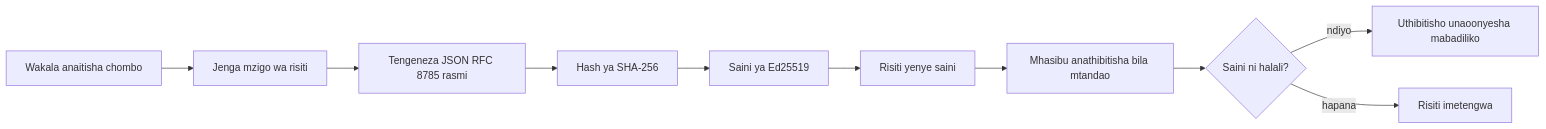
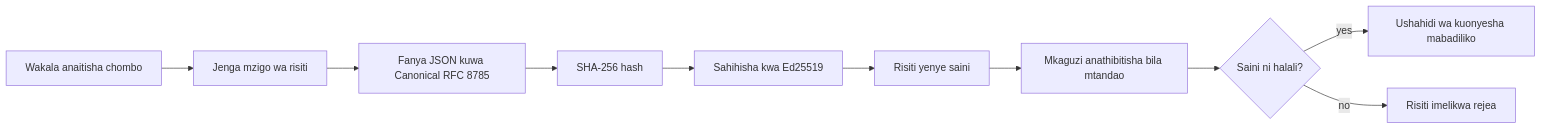
The first of 2 diagrams in mirrors/repos/microsoft@ai-agents-for-beginners/translations/sw/18-securing-ai-agents/README.md (gabrielmoreira/agent-skills-mirror), drawn with Mermaid before and after one commit. The commit also changed other lines of this file and 8886 other files, not shown here.

````diff
--- a/mirrors/repos/microsoft@ai-agents-for-beginners/translations/sw/18-securing-ai-agents/README.md
+++ b/mirrors/repos/microsoft@ai-agents-for-beginners/translations/sw/18-securing-ai-agents/README.md
@@ -51,12 +51,12 @@
 ```mermaid
 flowchart LR
     A[Wakala anaitisha chombo] --> B[Jenga mzigo wa risiti]
-    B --> C[Tengeneza JSON RFC 8785 rasmi]
-    C --> D[Hash ya SHA-256]
-    D --> E[Saini ya Ed25519]
+    B --> C[Fanya JSON kuwa Canonical RFC 8785]
+    C --> D[SHA-256 hash]
+    D --> E[Sahihisha kwa Ed25519]
     E --> F[Risiti yenye saini]
-    F --> G[Mhasibu anathibitisha bila mtandao]
+    F --> G[Mkaguzi anathibitisha bila mtandao]
     G --> H{Saini ni halali?}
-    H -- ndiyo --> I[Uthibitisho unaoonyesha mabadiliko]
-    H -- hapana --> J[Risiti imetengwa]
+    H -- yes --> I[Ushahidi wa kuonyesha mabadiliko]
+    H -- no --> J[Risiti imelikwa rejea]
 ```
````
